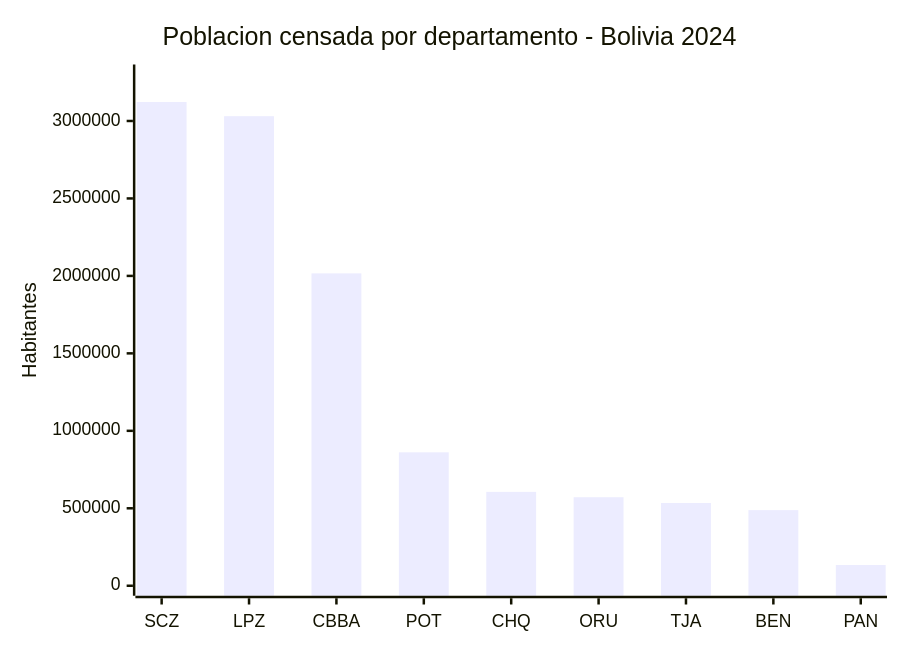
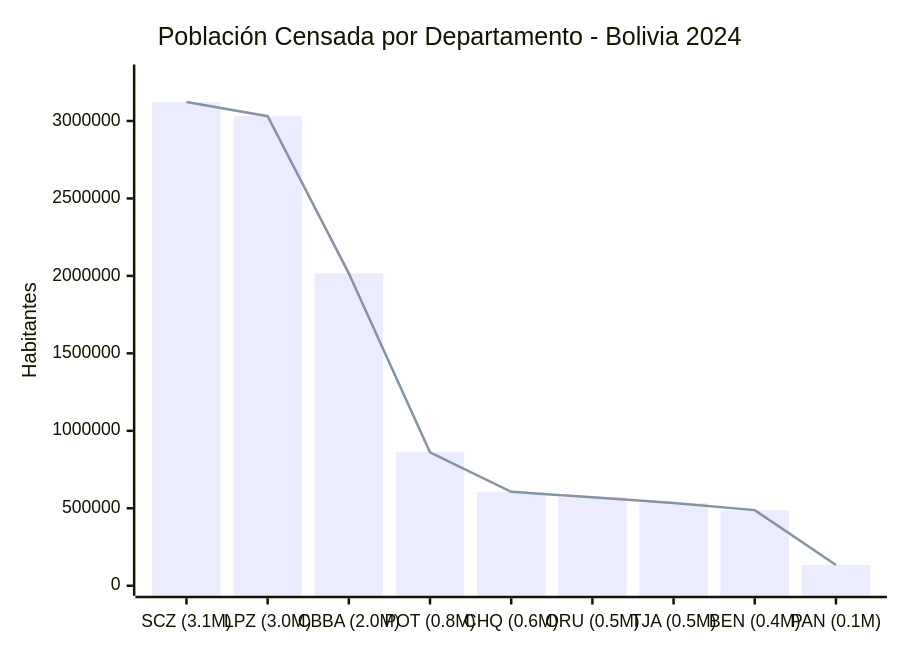
One commit to mita-build-with-ai-2026/.github changed the first of 5 diagrams in Mita_fuentes_estadisticas.md. Above: the diagram before and after it, drawn with Mermaid. The commit also changed other lines of this file and 35 other files, not shown here.

````diff
--- a/Mita_fuentes_estadisticas.md
+++ b/Mita_fuentes_estadisticas.md
@@ -40,7 +40,8 @@
 ```mermaid
 xychart-beta
-  title "Poblacion censada por departamento - Bolivia 2024"
-  x-axis ["SCZ", "LPZ", "CBBA", "POT", "CHQ", "ORU", "TJA", "BEN", "PAN"]
+  title "Población Censada por Departamento - Bolivia 2024"
+  x-axis ["SCZ (3.1M)", "LPZ (3.0M)", "CBBA (2.0M)", "POT (0.8M)", "CHQ (0.6M)", "ORU (0.5M)", "TJA (0.5M)", "BEN (0.4M)", "PAN (0.1M)"]
   y-axis "Habitantes" 0 --> 3300000
   bar [3122605, 3030917, 2016357, 861292, 606027, 571471, 534210, 488260, 134194]
+  line [3122605, 3030917, 2016357, 861292, 606027, 571471, 534210, 488260, 134194]
 ```
````
